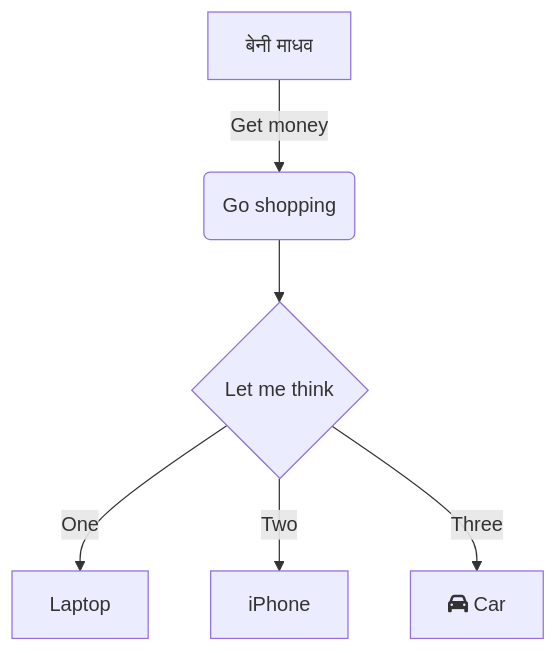
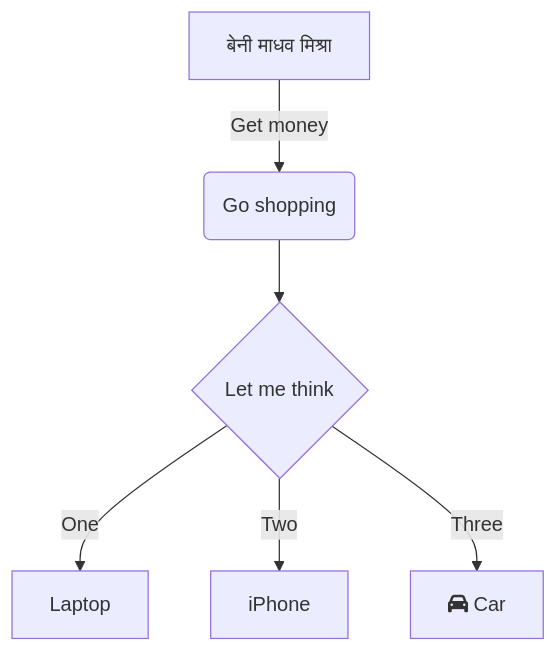
One commit to nishantaMishra/family-tree changed the first of 2 diagrams in README.md. Above: the diagram before and after it, drawn with Mermaid. The commit also changed other lines of this file, not shown here.

````diff
--- a/README.md
+++ b/README.md
@@ -3,8 +3,8 @@
 ```mermaid
 flowchart TD
-    A[" बेनी माधव "] -->|Get money| B(Go shopping)
+    A[" बेनी माधव मिश्रा "] -->|Get money| B(Go shopping)
     B --> C{Let me think}
     C -->|One| D[Laptop]
     C -->|Two| E[iPhone]
     C -->|Three| F[fa:fa-car Car]
 ```
````
